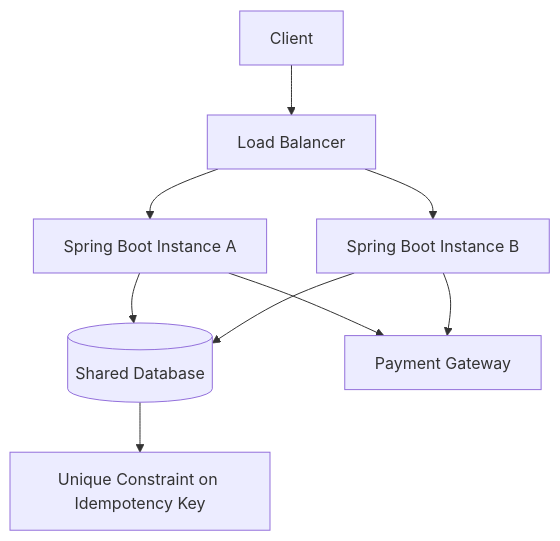
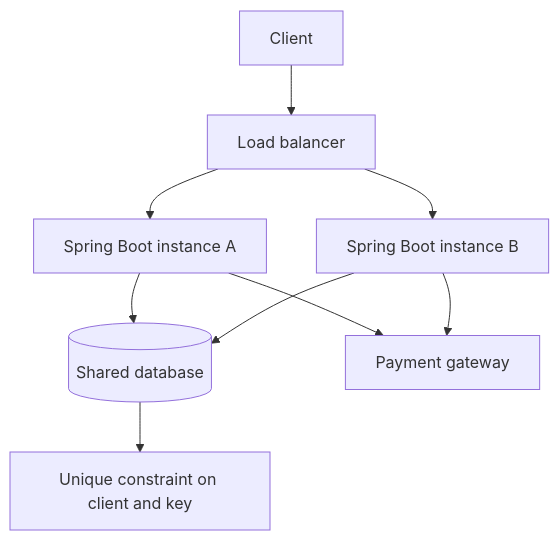
Before and after one commit to Yash-777/CodeTrove: the fourth of 7 diagrams in src/data/topics/api-integration/resilience/idempotency/content.md, drawn with Mermaid. The commit also changed other lines of this file and 1 other file, not shown here.

Commit message:
doc: updated idempotency

````diff
--- a/src/data/topics/api-integration/resilience/idempotency/content.md
+++ b/src/data/topics/api-integration/resilience/idempotency/content.md
@@ -342,15 +342,15 @@
 ```mermaid
 flowchart TD
-    C[Client] --> LB[Load Balancer]
+    C[Client] --> LB[Load balancer]
 
-    LB --> A[Spring Boot Instance A]
-    LB --> B[Spring Boot Instance B]
+    LB --> A[Spring Boot instance A]
+    LB --> B[Spring Boot instance B]
 
-    A --> DB[(Shared Database)]
+    A --> DB[(Shared database)]
     B --> DB
 
-    A --> PG[Payment Gateway]
+    A --> PG[Payment gateway]
     B --> PG
 
-    DB --> U[Unique Constraint on Idempotency Key]
+    DB --> U[Unique constraint on client and key]
 ```
````
